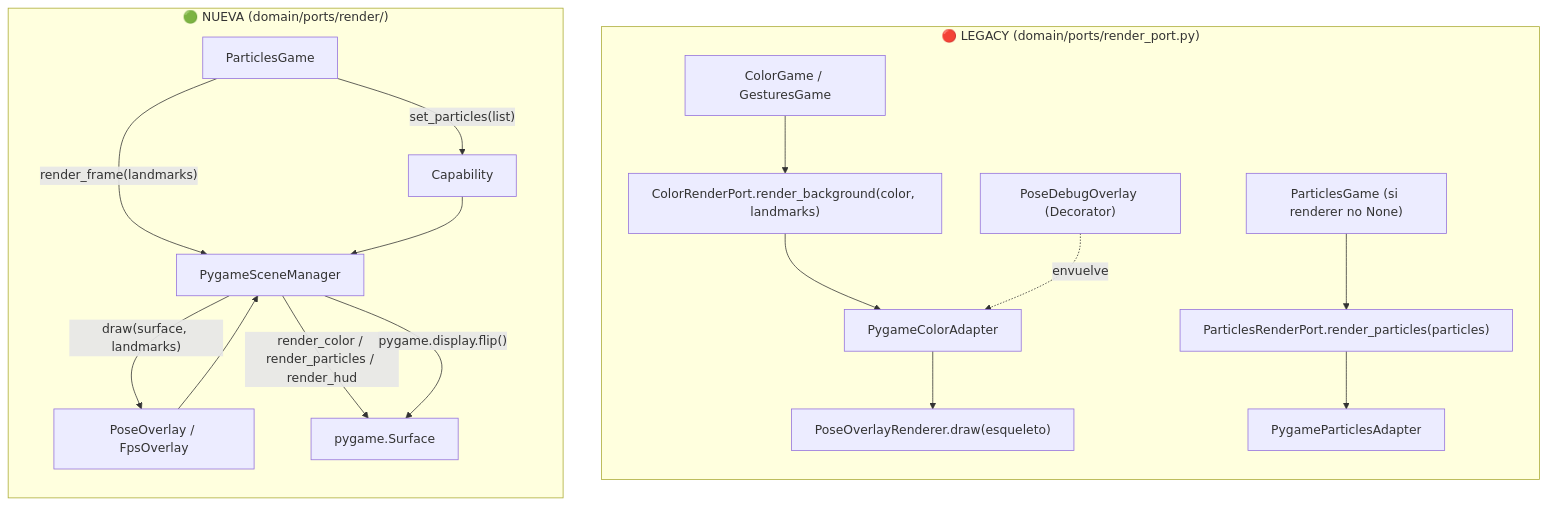
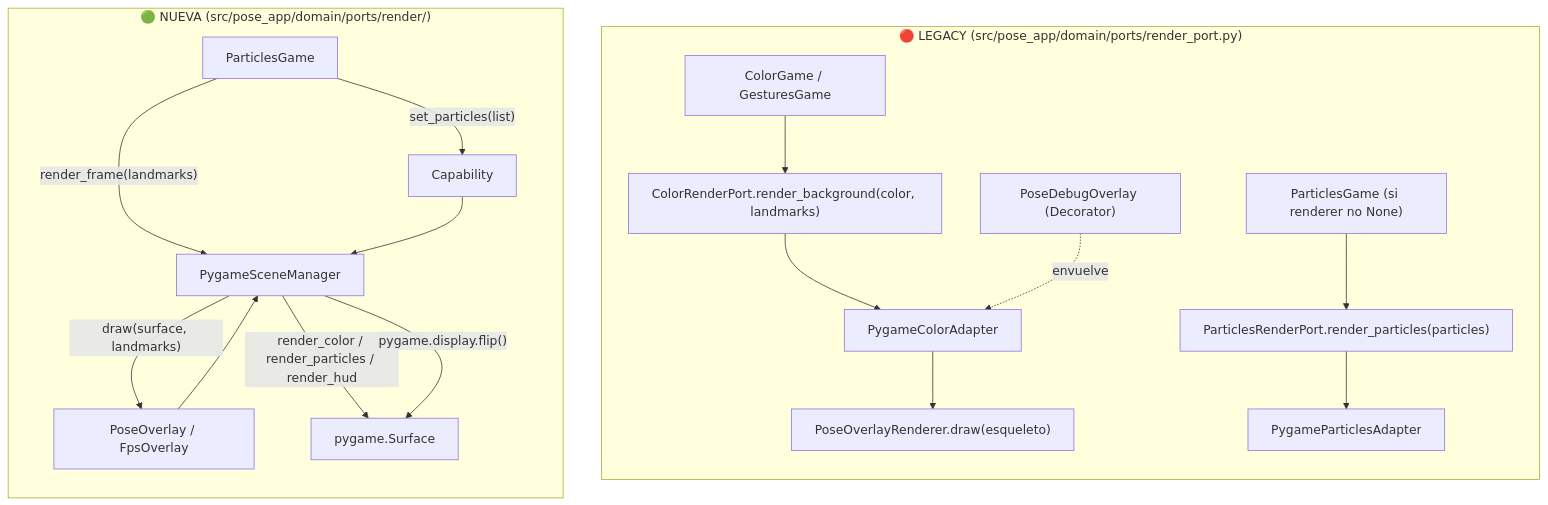
Before and after one commit to mauricioVillegasBelmont/pose_app: the sixth of 8 diagrams in docs/system_learning.md, drawn with Mermaid. The commit also changed other lines of this file and 5 other files, not shown here.

````diff
--- a/docs/system_learning.md
+++ b/docs/system_learning.md
@@ -221,23 +221,23 @@
 ```mermaid
 flowchart TD
-    subgraph LEGACY["🔴 LEGACY (domain/ports/render_port.py)"]
+    subgraph LEGACY["🔴 LEGACY (src/pose_app/domain/ports/render_port.py)"]
         direction TB
         L1["ColorGame / GesturesGame"] --> L2["ColorRenderPort.render_background(color, landmarks)"]
         L2 --> L3["PygameColorAdapter"]
         L3 --> L4["PoseOverlayRenderer.draw(esqueleto)"]
         L5["ParticlesGame (si renderer no None)"] --> L6["ParticlesRenderPort.render_particles(particles)"]
         L6 --> L7["PygameParticlesAdapter"]
         DBG["PoseDebugOverlay (Decorator)"] -. envuelve .-> L3
     end
 
-    subgraph NUEVA["🟢 NUEVA (domain/ports/render/)"]
+    subgraph NUEVA["🟢 NUEVA (src/pose_app/domain/ports/render/)"]
         direction TB
         N1["ParticlesGame"] -->|"set_particles(list)"| CAP["Capability"]
         N1 -->|"render_frame(landmarks)"| SC["PygameSceneManager"]
         CAP --> SC
         OV["PoseOverlay / FpsOverlay"] --> SC
         SC -->|"render_color / render_particles / render_hud"| SURF["pygame.Surface"]
         SC -->|"draw(surface, landmarks)"| OV
         SC -->|"pygame.display.flip()"| SURF
     end
 ```
````
